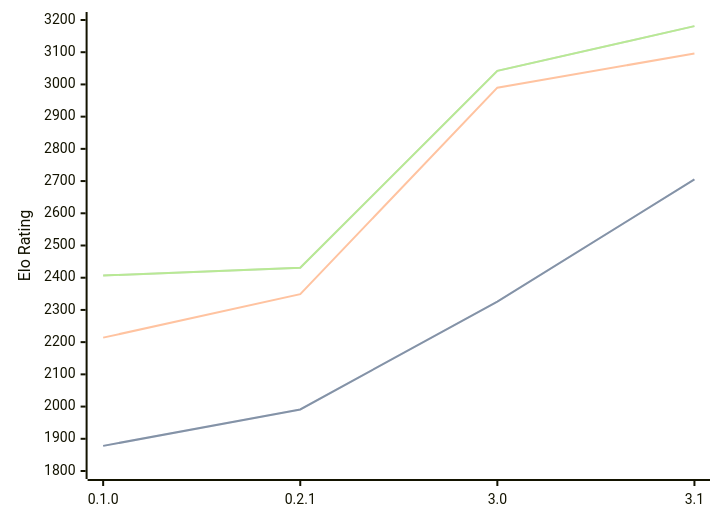
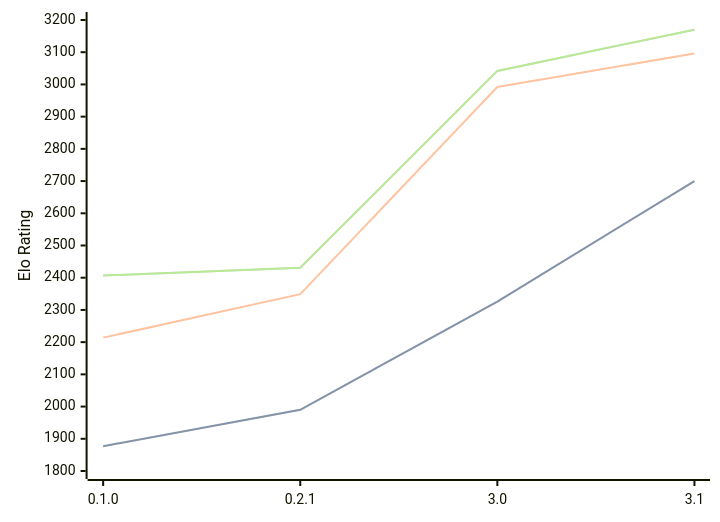
Before and after one commit to computer-chess-index/cci: the diagram in engines/Sykora.md, drawn with Mermaid. The commit also changed other lines of this file, not shown here.

Commit message:
Update CCI Ratings (ELO VLTC) - 2026-07-21

````diff
--- a/engines/Sykora.md
+++ b/engines/Sykora.md
@@ -35,11 +35,11 @@
 ```mermaid
 %%{init: {"theme":"base","themeVariables":{"seriesColors:['#a3a3a3','#222221','#faa371']}}}%%
 xychart-beta
   x-axis ["0.1.0", "0.2.1", "3.0", "3.1"]
   y-axis "Elo Rating" 1800 --> 3200
-  line "STC (8.0+0.08s)" [1878, 1991, 2326, 2705]
-  line "STC (8.0+0.08s)" [1878, 1991, 2326, 2705]
-  line "LTC (60.0+0.60s)" [2214, 2349, 2990, 3096]
-  line "VLTC (2m24s+1.12s)" [2407, 2431, 3042, 3181]
-  line "VLTC (2m24s+1.12s)" [2407, 2431, 3042, 3181]
+  line "STC (8.0+0.08s)" [1877, 1990, 2326, 2700]
+  line "STC (8.0+0.08s)" [1877, 1990, 2326, 2700]
+  line "LTC (60.0+0.60s)" [2214, 2349, 2992, 3096]
+  line "VLTC (2m24s+1.12s)" [2407, 2431, 3042, 3170]
+  line "VLTC (2m24s+1.12s)" [2407, 2431, 3042, 3170]
 ```
````
